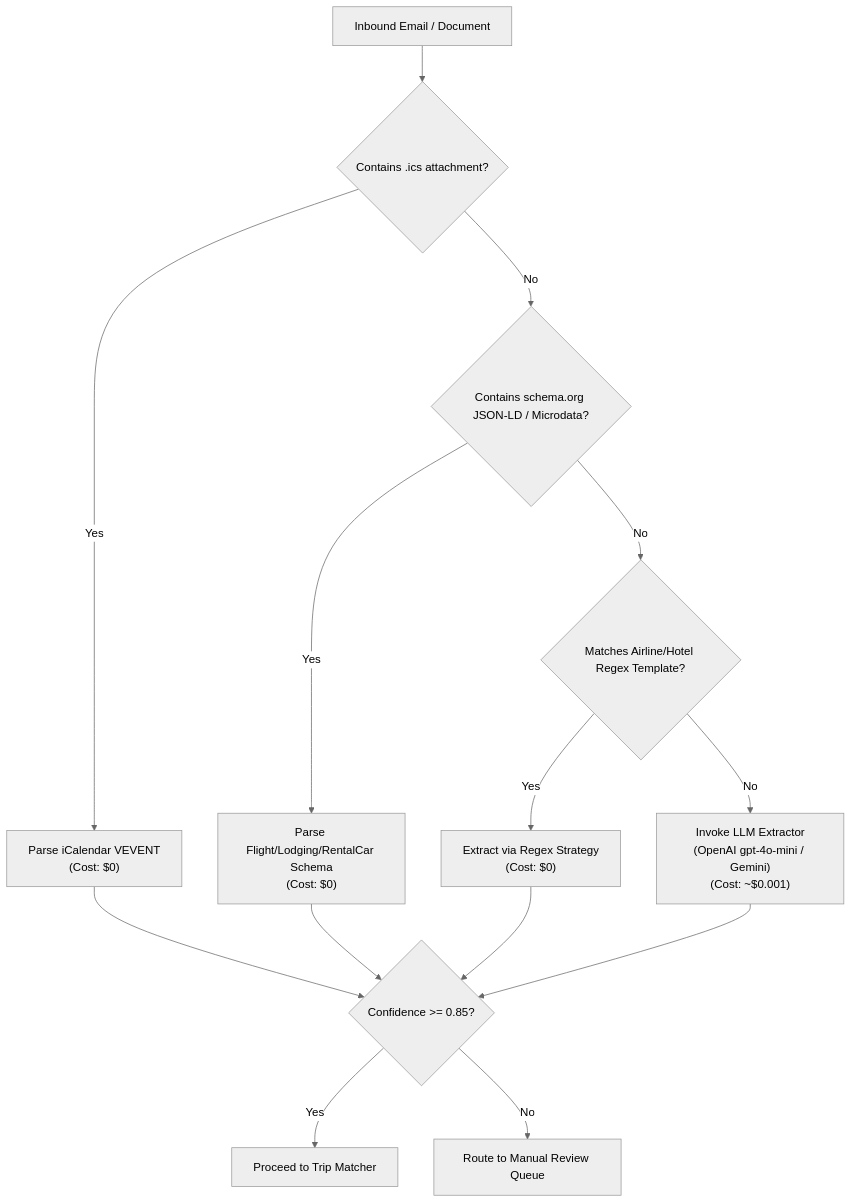
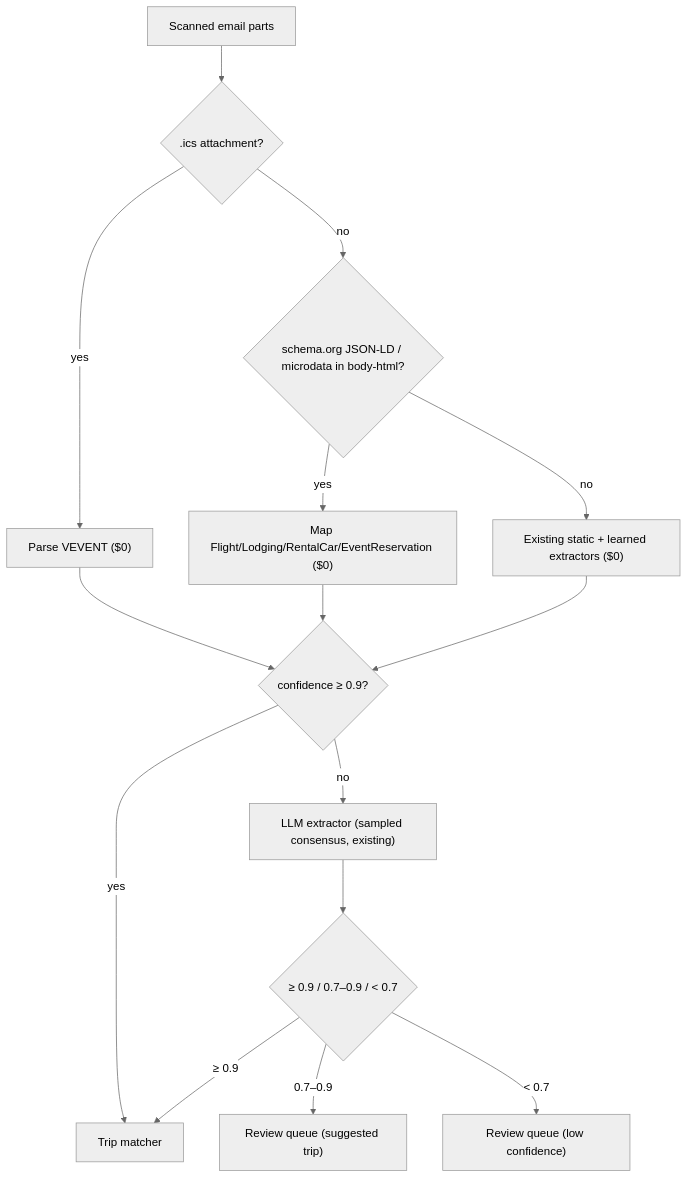
The second of 3 diagrams in docs/implementation_plans/implementation-plan-gap-closing.md (Duerk-Industries/Travel-Itinerary-App), drawn with Mermaid (neutral theme) before and after one commit. The commit also changed other lines of this file, not shown here.

````diff
--- a/docs/implementation_plans/implementation-plan-gap-closing.md
+++ b/docs/implementation_plans/implementation-plan-gap-closing.md
@@ -260,18 +297,17 @@
 ```mermaid
 flowchart TD
-  A["Inbound Email / Document"] --> B{"Contains .ics attachment?"}
-  B -- Yes --> C["Parse iCalendar VEVENT<br/>(Cost: $0)"]
-  B -- No --> D{"Contains schema.org JSON-LD / Microdata?"}
-  D -- Yes --> E["Parse Flight/Lodging/RentalCar Schema<br/>(Cost: $0)"]
-  D -- No --> F{"Matches Airline/Hotel Regex Template?"}
-  F -- Yes --> G["Extract via Regex Strategy<br/>(Cost: $0)"]
-  F -- No --> H["Invoke LLM Extractor<br/>(OpenAI gpt-4o-mini / Gemini)<br/>(Cost: ~$0.001)"]
-
-  C --> I{"Confidence >= 0.85?"}
-  E --> I
-  G --> I
-  H --> I
-
-  I -- Yes --> J["Proceed to Trip Matcher"]
-  I -- No --> K["Route to Manual Review Queue"]
+  A["Scanned email parts"] --> B{".ics attachment?"}
+  B -- yes --> C["Parse VEVENT ($0)"]
+  B -- no --> D{"schema.org JSON-LD / microdata in body-html?"}
+  D -- yes --> E["Map Flight/Lodging/RentalCar/EventReservation ($0)"]
+  D -- no --> F["Existing static + learned extractors ($0)"]
+  C --> G{"confidence ≥ 0.9?"}
+  E --> G
+  F --> G
+  G -- yes --> M["Trip matcher"]
+  G -- no --> H["LLM extractor (sampled consensus, existing)"]
+  H --> I{"≥ 0.9 / 0.7–0.9 / < 0.7"}
+  I -- "≥ 0.9" --> M
+  I -- "0.7–0.9" --> R["Review queue (suggested trip)"]
+  I -- "< 0.7" --> L["Review queue (low confidence)"]
 ```
````
